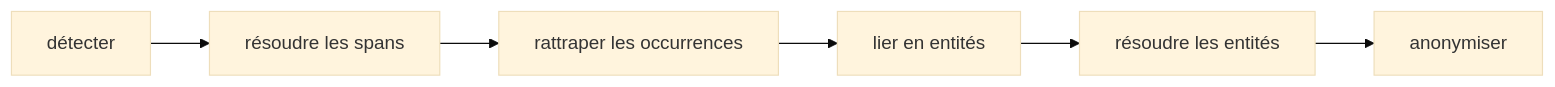
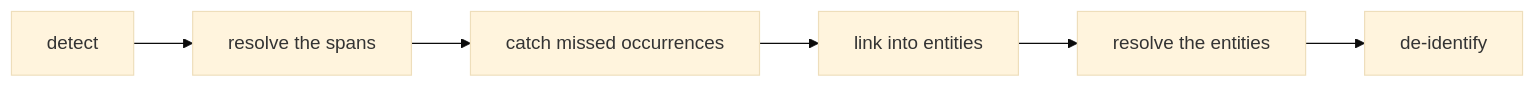
One commit to Athroniaeth/piighost changed the third of 4 diagrams in docs/en/conception.md. Above: the diagram before and after it, drawn with Mermaid (base theme). The commit also changed other lines of this file and 62 other files, not shown here.

````diff
--- a/docs/en/conception.md
+++ b/docs/en/conception.md
@@ -152,4 +152,4 @@
 ```mermaid
 flowchart LR
-    A["détecter"] --> B["résoudre les spans"] --> C["rattraper les occurrences"] --> D["lier en entités"] --> E["résoudre les entités"] --> F["anonymiser"]
+    A["detect"] --> B["resolve the spans"] --> C["catch missed occurrences"] --> D["link into entities"] --> E["resolve the entities"] --> F["de-identify"]
 ```
````
